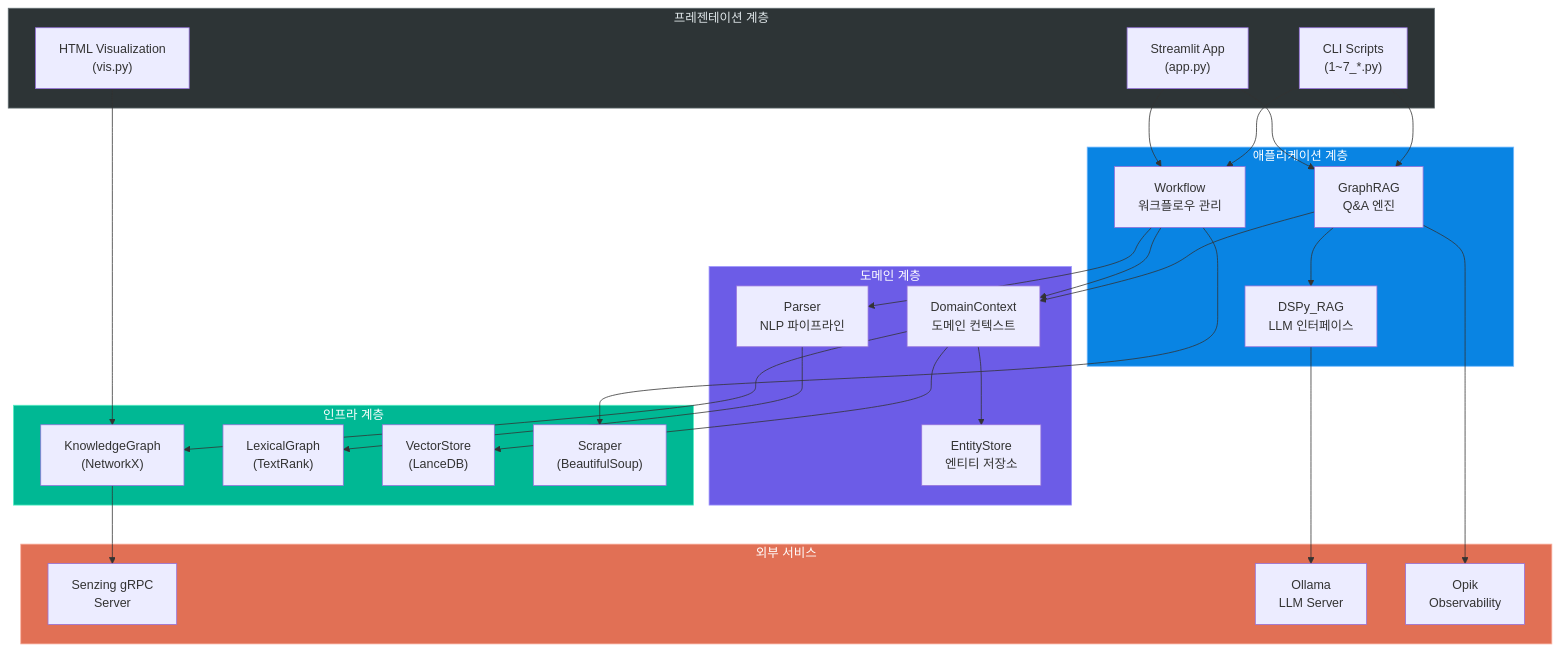
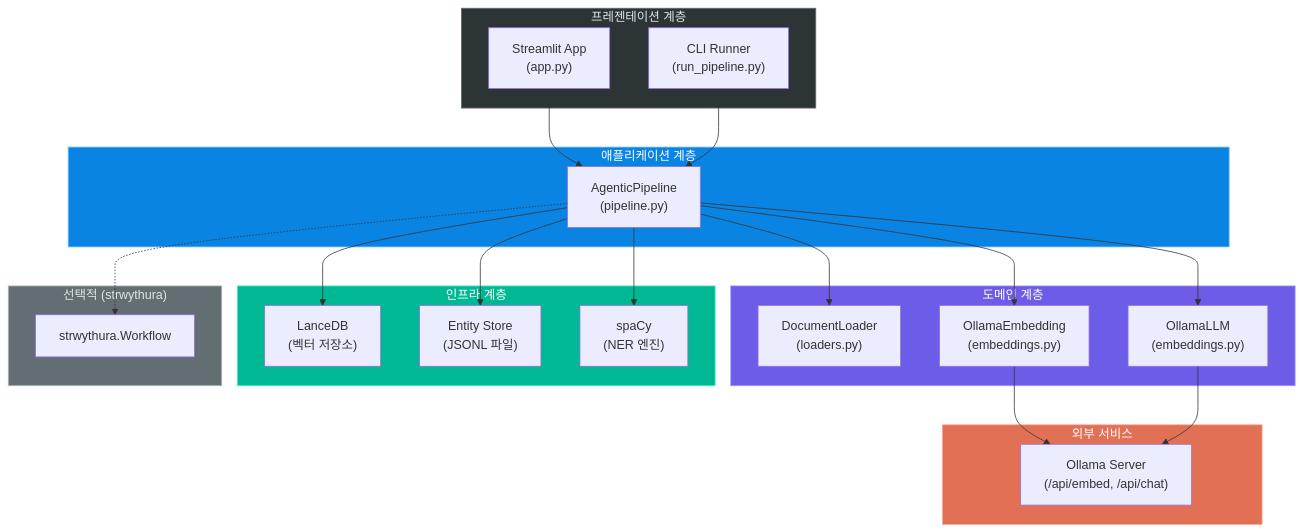
One commit to laurus-kpa007/GraphRAG-Senzing changed the second of 10 diagrams in docs/02_block_and_sequence_diagrams.md. Above: the diagram before and after it, drawn with Mermaid. The commit also changed other lines of this file and 4 other files, not shown here.

````diff
--- a/docs/02_block_and_sequence_diagrams.md
+++ b/docs/02_block_and_sequence_diagrams.md
@@ -63,61 +62,52 @@
 ```mermaid
 graph TB
     subgraph PRESENTATION["프레젠테이션 계층"]
         APP["Streamlit App\n(app.py)"]
-        CLI["CLI Scripts\n(1~7_*.py)"]
-        VISHTML["HTML Visualization\n(vis.py)"]
+        CLI["CLI Runner\n(run_pipeline.py)"]
     end
 
     subgraph APPLICATION["애플리케이션 계층"]
-        WF["Workflow\n워크플로우 관리"]
-        GRAG["GraphRAG\nQ&A 엔진"]
-        DSRAG["DSPy_RAG\nLLM 인터페이스"]
+        PIPELINE["AgenticPipeline\n(pipeline.py)"]
     end
 
     subgraph DOMAIN["도메인 계층"]
-        DC["DomainContext\n도메인 컨텍스트"]
-        PARSER["Parser\nNLP 파이프라인"]
-        ES["EntityStore\n엔티티 저장소"]
+        LOADER["DocumentLoader\n(loaders.py)"]
+        EMBEDDER["OllamaEmbedding\n(embeddings.py)"]
+        LLM["OllamaLLM\n(embeddings.py)"]
     end
 
     subgraph INFRASTRUCTURE["인프라 계층"]
-        KG["KnowledgeGraph\n(NetworkX)"]
-        LG["LexicalGraph\n(TextRank)"]
-        VS["VectorStore\n(LanceDB)"]
-        SC["Scraper\n(BeautifulSoup)"]
+        LANCE["LanceDB\n(벡터 저장소)"]
+        ENT_FILE["Entity Store\n(JSONL 파일)"]
+        SPACY["spaCy\n(NER 엔진)"]
     end
 
     subgraph EXTERNAL["외부 서비스"]
-        SZ_EXT["Senzing gRPC\nServer"]
-        OLLAMA["Ollama\nLLM Server"]
-        OPIK_EXT["Opik\nObservability"]
+        OLLAMA["Ollama Server\n(/api/embed, /api/chat)"]
     end
 
-    APP --> WF
-    APP --> GRAG
-    CLI --> WF
-    CLI --> GRAG
+    subgraph OPTIONAL["선택적 (strwythura)"]
+        STRW["strwythura.Workflow"]
+    end
 
-    WF --> DC
-    WF --> PARSER
-    WF --> SC
-    GRAG --> DSRAG
-    GRAG --> DC
+    APP --> PIPELINE
+    CLI --> PIPELINE
 
-    DC --> ES
-    DC --> KG
-    DC --> VS
-    PARSER --> LG
+    PIPELINE --> LOADER
+    PIPELINE --> EMBEDDER
+    PIPELINE --> LLM
+    PIPELINE --> LANCE
+    PIPELINE --> ENT_FILE
+    PIPELINE --> SPACY
+    PIPELINE -.-> STRW
 
-    KG --> SZ_EXT
-    DSRAG --> OLLAMA
-    GRAG --> OPIK_EXT
-
-    VISHTML --> KG
+    EMBEDDER --> OLLAMA
+    LLM --> OLLAMA
 
     style PRESENTATION fill:#2d3436,stroke:#636e72,color:#dfe6e9
     style APPLICATION fill:#0984e3,stroke:#74b9ff,color:#fff
     style DOMAIN fill:#6c5ce7,stroke:#a29bfe,color:#fff
     style INFRASTRUCTURE fill:#00b894,stroke:#55efc4,color:#fff
     style EXTERNAL fill:#e17055,stroke:#fab1a0,color:#fff
+    style OPTIONAL fill:#636e72,stroke:#b2bec3,color:#dfe6e9
 ```
````
